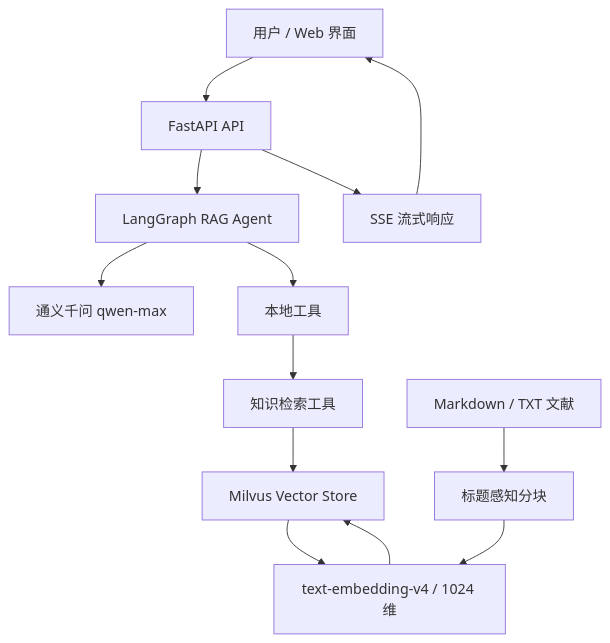
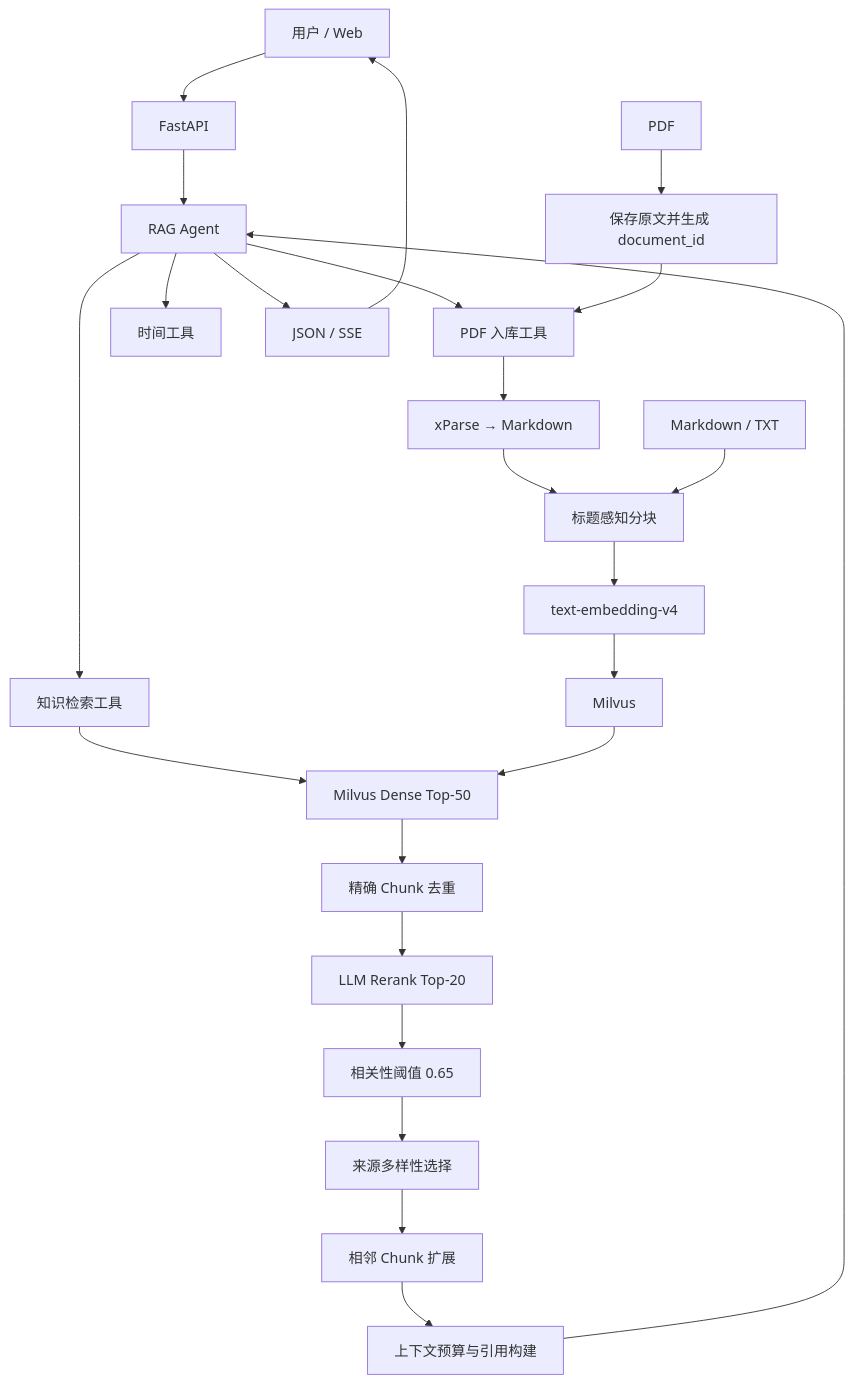
The diagram in README.md (200820xmc/biomedical_agent), drawn with Mermaid before and after one commit. The commit also changed other lines of this file and 54 other files, not shown here.

````diff
--- a/README.md
+++ b/README.md
@@ -71,17 +21,29 @@
 ```mermaid
 flowchart TD
-    U["用户 / Web 界面"] --> API["FastAPI API"]
-    API --> AGENT["LangGraph RAG Agent"]
-    AGENT --> LLM["通义千问 qwen-max"]
-    AGENT --> TOOLS["本地工具"]
-    TOOLS --> RETRIEVE["知识检索工具"]
-    RETRIEVE --> VS["Milvus Vector Store"]
-    VS --> EMB["text-embedding-v4 / 1024 维"]
+    U["用户 / Web"] --> API["FastAPI"]
+    API --> AGENT["RAG Agent"]
+    AGENT --> KTOOL["知识检索工具"]
+    AGENT --> PTOOL["PDF 入库工具"]
+    AGENT --> TTOOL["时间工具"]
 
-    DOC["Markdown / TXT 文献"] --> SPLIT["标题感知分块"]
-    SPLIT --> EMB
-    EMB --> VS
+    KTOOL --> RECALL["Milvus Dense Top-50"]
+    RECALL --> DEDUP["精确 Chunk 去重"]
+    DEDUP --> RERANK["LLM Rerank Top-20"]
+    RERANK --> FILTER["相关性阈值 0.65"]
+    FILTER --> DIVERSITY["来源多样性选择"]
+    DIVERSITY --> EXPAND["相邻 Chunk 扩展"]
+    EXPAND --> CONTEXT["上下文预算与引用构建"]
+    CONTEXT --> AGENT
 
-    API --> SSE["SSE 流式响应"]
+    PDF["PDF"] --> UPLOAD["保存原文并生成 document_id"]
+    UPLOAD --> PTOOL
+    PTOOL --> XPARSE["xParse → Markdown"]
+    XPARSE --> SPLIT["标题感知分块"]
+    MDTXT["Markdown / TXT"] --> SPLIT
+    SPLIT --> EMB["text-embedding-v4"]
+    EMB --> MILVUS["Milvus"]
+    MILVUS --> RECALL
+
+    AGENT --> SSE["JSON / SSE"]
     SSE --> U
 ```
````
